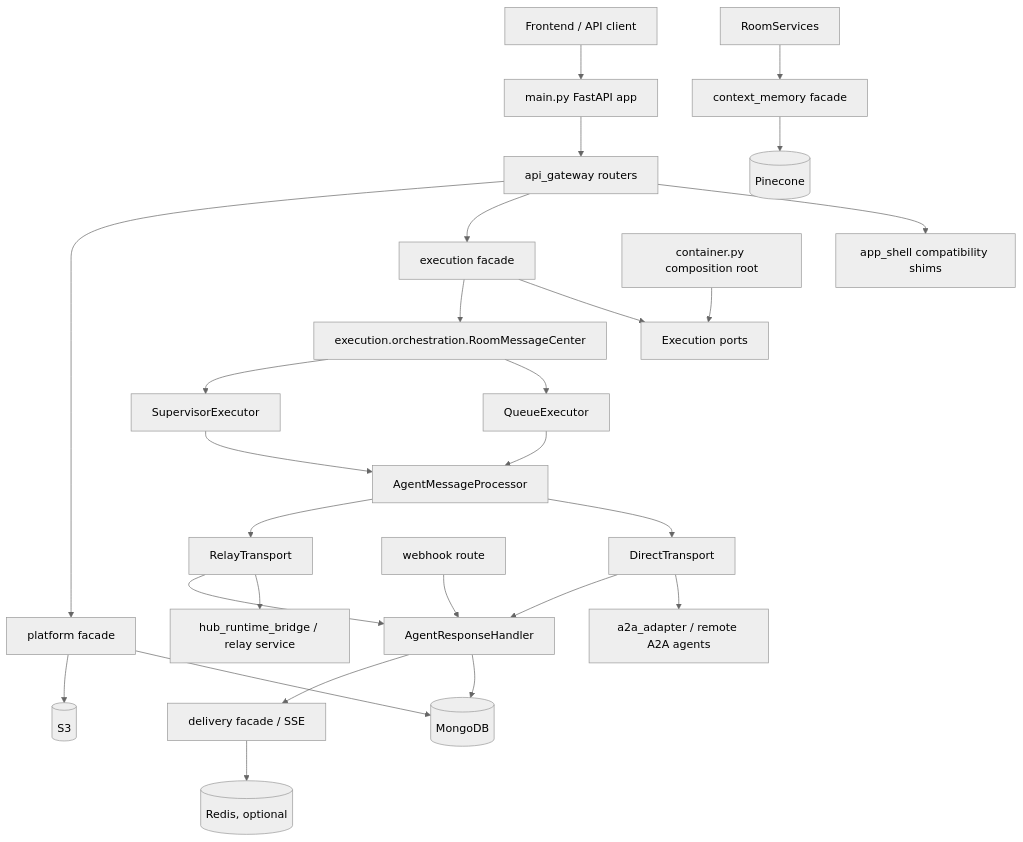
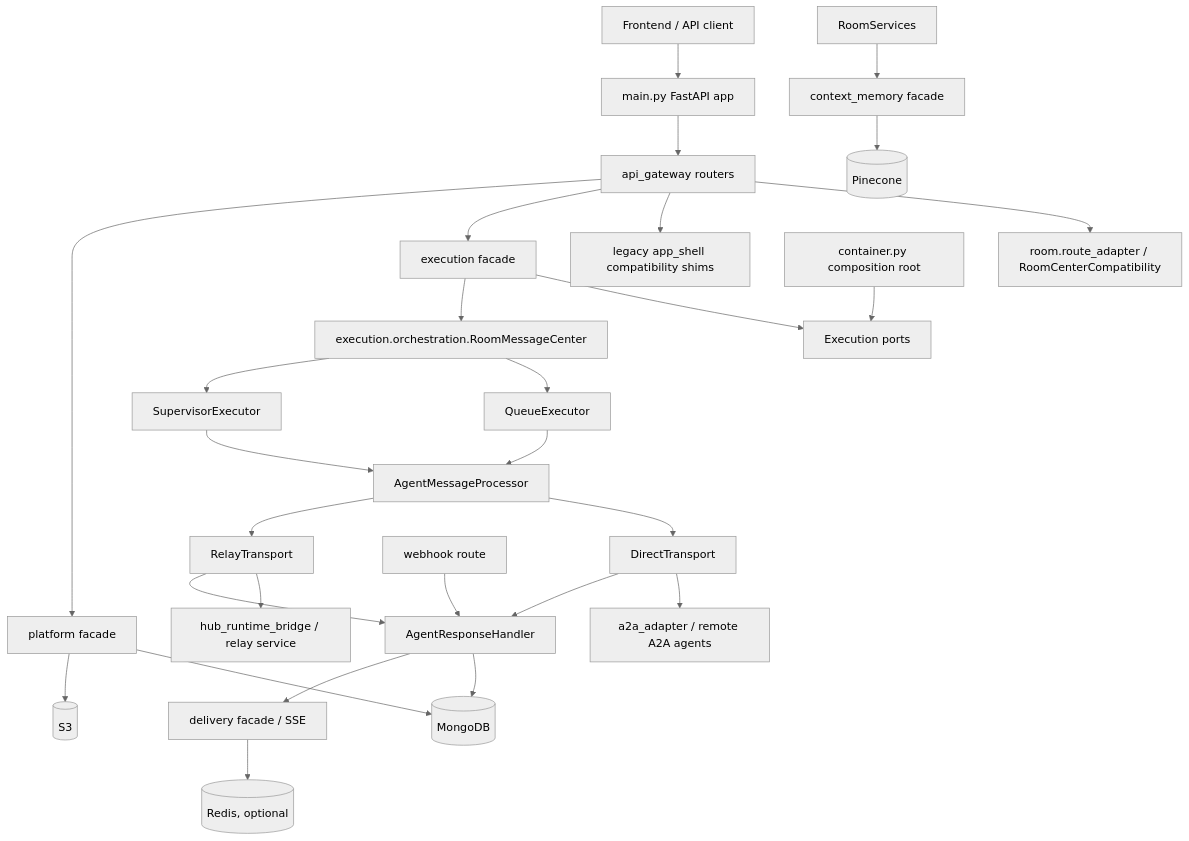
The diagram in docs/System-Architecture.md (JeromeOvO/hybro), drawn with Mermaid (neutral theme) before and after one commit. The commit also changed other lines of this file and 1 other file, not shown here.

Commit message:
docs: record room execution hitl ownership

````diff
--- a/docs/System-Architecture.md
+++ b/docs/System-Architecture.md
@@ -25,33 +25,34 @@
 ```mermaid
 flowchart TD
     Client[Frontend / API client] --> FastAPI[main.py FastAPI app]
     FastAPI --> APIGateway[api_gateway routers]
-    APIGateway --> AppShell[app_shell compatibility shims]
+    APIGateway --> RoomRoutes[room.route_adapter / RoomCenterCompatibility]
+    APIGateway --> AppShell[legacy app_shell compatibility shims]
     APIGateway --> Execution[execution facade]
     APIGateway --> Platform[platform facade]
 
     Container[container.py composition root] --> ExecutionPorts[Execution ports]
     Execution --> ExecutionPorts
     Execution --> RoomMessageCenter[execution.orchestration.RoomMessageCenter]
     RoomMessageCenter --> QueueExecutor[QueueExecutor]
     RoomMessageCenter --> SupervisorExecutor[SupervisorExecutor]
     QueueExecutor --> AgentMessageProcessor[AgentMessageProcessor]
     SupervisorExecutor --> AgentMessageProcessor
 
     AgentMessageProcessor --> DirectTransport[DirectTransport]
     AgentMessageProcessor --> RelayTransport[RelayTransport]
     DirectTransport --> A2A[a2a_adapter / remote A2A agents]
     RelayTransport --> HubRelay[hub_runtime_bridge / relay service]
 
     DirectTransport --> ResponseHandler[AgentResponseHandler]
     RelayTransport --> ResponseHandler
     Webhook[webhook route] --> ResponseHandler
 
     ResponseHandler --> Mongo[(MongoDB)]
     ResponseHandler --> Delivery[delivery facade / SSE]
     RoomServices --> ContextMemory[context_memory facade]
     Platform --> Mongo
     Platform --> S3[(S3)]
     ContextMemory --> Pinecone[(Pinecone)]
     Delivery --> Redis[(Redis, optional)]
 ```
````
